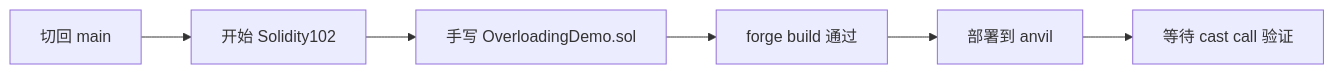
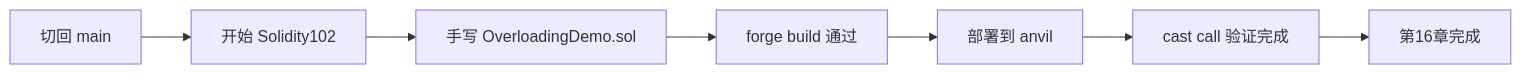
One commit to daxiguaguagua-hash/wtf-academy-learning changed the sixth of 7 diagrams in 交接记录.md. Above: the diagram before and after it, drawn with Mermaid. The commit also changed other lines of this file and 3 other files, not shown here.

````diff
--- a/交接记录.md
+++ b/交接记录.md
@@ -342,8 +342,9 @@
 ```mermaid
 flowchart LR
 A[切回 main] --> B[开始 Solidity102]
 B --> C[手写 OverloadingDemo.sol]
 C --> D[forge build 通过]
 D --> E[部署到 anvil]
-E --> F[等待 cast call 验证]
+E --> F[cast call 验证完成]
+F --> G[第16章完成]
 ```
````
